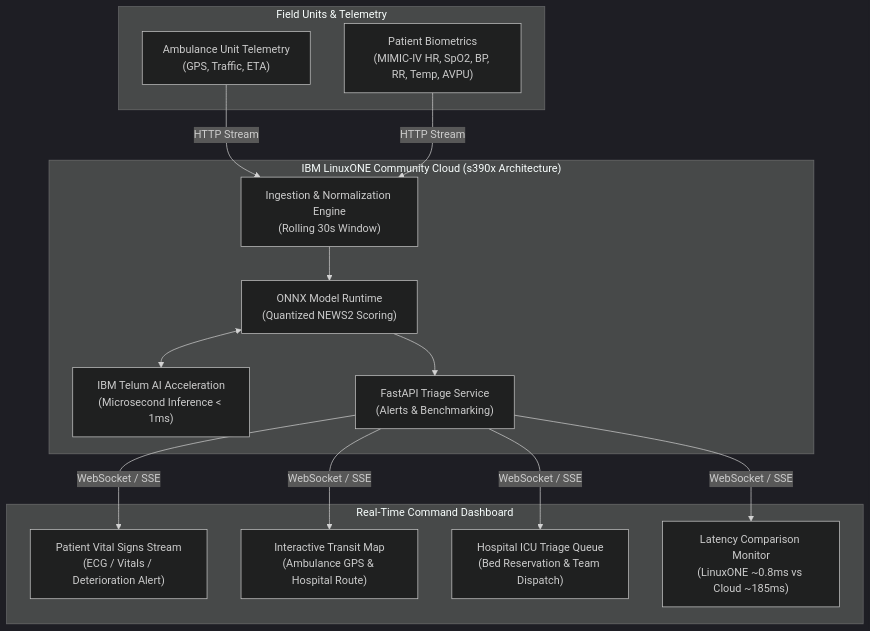
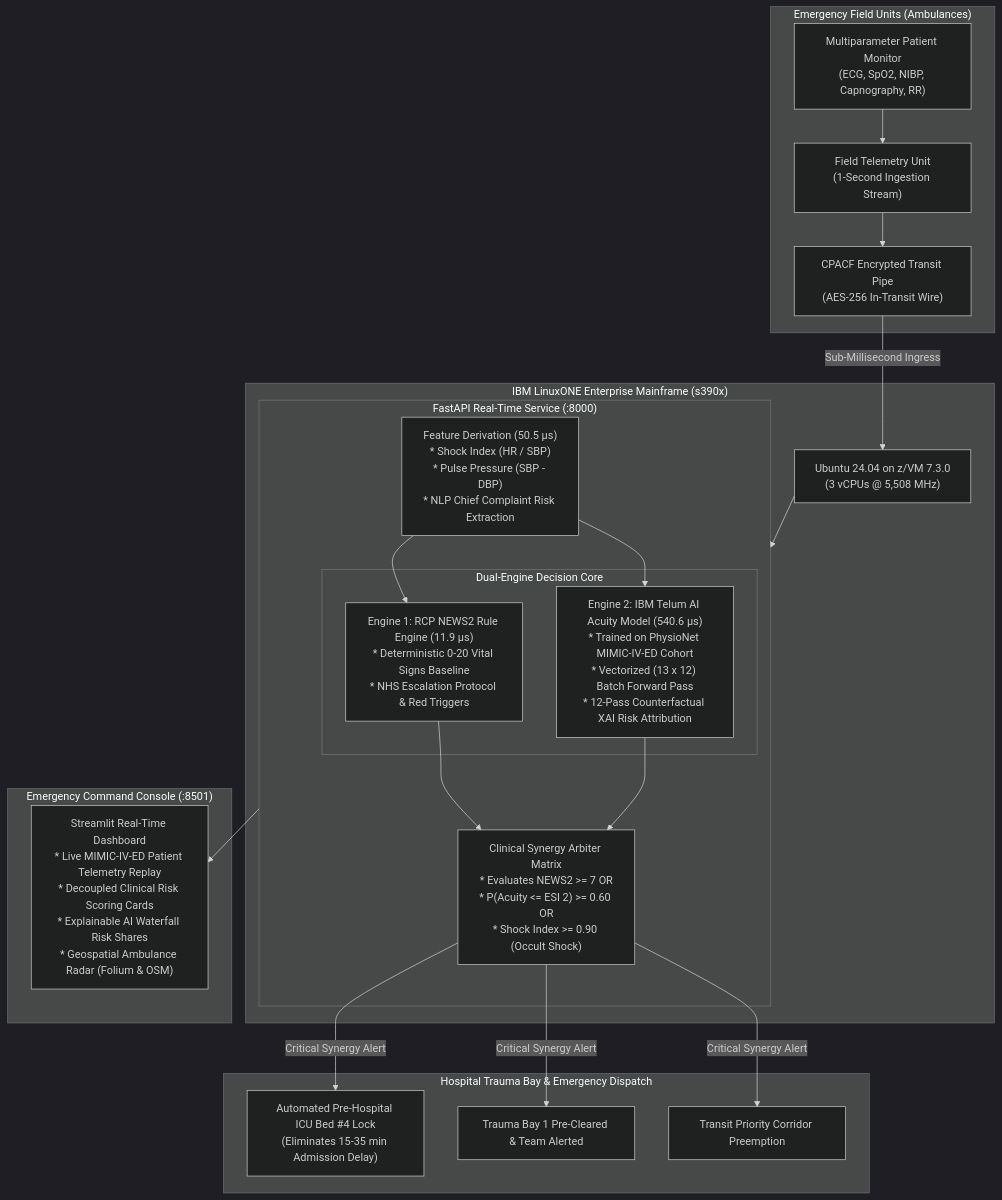
One commit to satwik834/Data_Enthusiasts_IBM_Z_Datathon_2026_Project changed the diagram in README.md. Above: the diagram before and after it, drawn with Mermaid (dark theme). The commit also changed other lines of this file and 11 other files, not shown here.

````diff
--- a/README.md
+++ b/README.md
@@ -24,32 +35,47 @@
 ```mermaid
 flowchart TD
-    subgraph S1["Field Units & Telemetry"]
-        A1["Ambulance Unit Telemetry\n(GPS, Traffic, ETA)"]
-        A2["Patient Biometrics\n(MIMIC-IV HR, SpO2, BP, RR, Temp, AVPU)"]
+    subgraph S1["Emergency Field Units (Ambulances)"]
+        Sensors["Multiparameter Patient Monitor\n(ECG, SpO2, NIBP, Capnography, RR)"]
+        EdgeUnit["Field Telemetry Unit\n(1-Second Ingestion Stream)"]
+        Crypto["CPACF Encrypted Transit Pipe\n(AES-256 In-Transit Wire)"]
+        Sensors --> EdgeUnit
+        EdgeUnit --> Crypto
     end
 
-    subgraph S2["IBM LinuxONE Community Cloud (s390x Architecture)"]
-        B1["Ingestion & Normalization Engine\n(Rolling 30s Window)"]
-        B2["ONNX Model Runtime\n(Quantized NEWS2 Scoring)"]
-        B3["IBM Telum AI Acceleration\n(Microsecond Inference < 1ms)"]
-        B4["FastAPI Triage Service\n(Alerts & Benchmarking)"]
+    subgraph S2["IBM LinuxONE Enterprise Mainframe (s390x)"]
+        Host["Ubuntu 24.04 on z/VM 7.3.0\n(3 vCPUs @ 5,508 MHz)"]
         
-        B1 --> B2
-        B2 <--> B3
-        B2 --> B4
+        subgraph Pipeline["FastAPI Real-Time Service (:8000)"]
+            Derive["Feature Derivation (50.5 µs)\n* Shock Index (HR / SBP)\n* Pulse Pressure (SBP - DBP)\n* NLP Chief Complaint Risk Extraction"]
+            
+            subgraph DualEngine["Dual-Engine Decision Core"]
+                Engine1["Engine 1: RCP NEWS2 Rule Engine (11.9 µs)\n* Deterministic 0-20 Vital Signs Baseline\n* NHS Escalation Protocol & Red Triggers"]
+                Engine2["Engine 2: IBM Telum AI Acuity Model (540.6 µs)\n* Trained on PhysioNet MIMIC-IV-ED Cohort\n* Vectorized (13 x 12) Batch Forward Pass\n* 12-Pass Counterfactual XAI Risk Attribution"]
+            end
+            
+            Arbiter["Clinical Synergy Arbiter Matrix\n* Evaluates NEWS2 >= 7 OR\n* P(Acuity <= ESI 2) >= 0.60 OR\n* Shock Index >= 0.90 (Occult Shock)"]
+        end
+        
+        Host --> Pipeline
+        Derive --> Engine1
+        Derive --> Engine2
+        Engine1 --> Arbiter
+        Engine2 --> Arbiter
     end
 
-    subgraph S3["Real-Time Command Dashboard"]
-        C1["Patient Vital Signs Stream\n(ECG / Vitals / Deterioration Alert)"]
-        C2["Interactive Transit Map\n(Ambulance GPS & Hospital Route)"]
-        C3["Hospital ICU Triage Queue\n(Bed Reservation & Team Dispatch)"]
-        C4["Latency Comparison Monitor\n(LinuxONE ~0.8ms vs Cloud ~185ms)"]
+    subgraph S3["Hospital Trauma Bay & Emergency Dispatch"]
+        ICUBed["Automated Pre-Hospital ICU Bed #4 Lock\n(Eliminates 15-35 min Admission Delay)"]
+        TraumaBay["Trauma Bay 1 Pre-Cleared & Team Alerted"]
+        Corridor["Transit Priority Corridor Preemption"]
+        Arbiter -- "Critical Synergy Alert" --> ICUBed
+        Arbiter -- "Critical Synergy Alert" --> TraumaBay
+        Arbiter -- "Critical Synergy Alert" --> Corridor
     end
 
-    A1 -->|HTTP Stream| B1
-    A2 -->|HTTP Stream| B1
-    B4 -->|WebSocket / SSE| C1
-    B4 -->|WebSocket / SSE| C2
-    B4 -->|WebSocket / SSE| C3
-    B4 -->|WebSocket / SSE| C4
+    subgraph S4["Emergency Command Console (:8501)"]
+        Dashboard["Streamlit Real-Time Dashboard\n* Live MIMIC-IV-ED Patient Telemetry Replay\n* Decoupled Clinical Risk Scoring Cards\n* Explainable AI Waterfall Risk Shares\n* Geospatial Ambulance Radar (Folium & OSM)"]
+        Pipeline --> Dashboard
+    end
+
+    Crypto -->|"Sub-Millisecond Ingress"| Host
 ```
````
